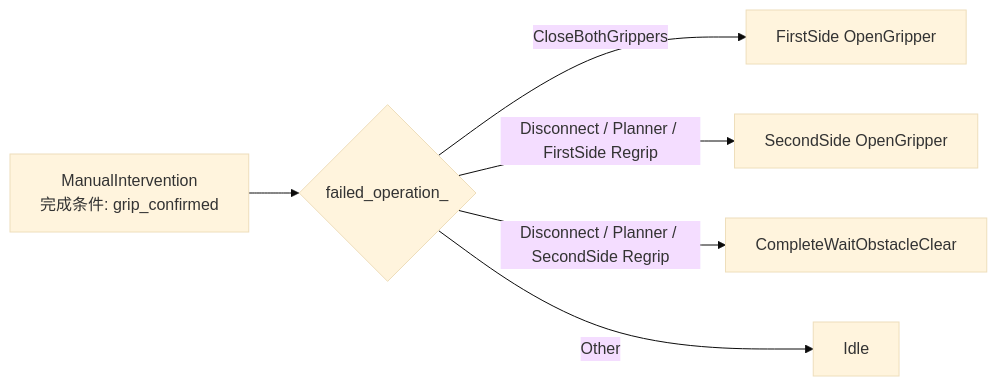
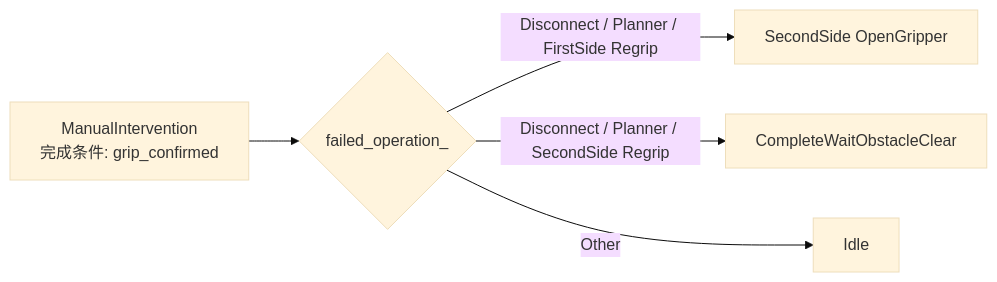
The eighth of 12 diagrams in b29_controllers/b29_smc_auto_controller/OBSTACLE_CROSSING_WORKFLOW.md (major173/b29_control), drawn with Mermaid (base theme) before and after one commit. The commit also changed other lines of this file and 52 other files, not shown here.

````diff
--- a/b29_controllers/b29_smc_auto_controller/OBSTACLE_CROSSING_WORKFLOW.md
+++ b/b29_controllers/b29_smc_auto_controller/OBSTACLE_CROSSING_WORKFLOW.md
@@ -193,8 +182,7 @@
 ```mermaid
 flowchart LR
   MI["ManualIntervention\n完成条件: grip_confirmed"] --> A{"failed_operation_"}
-  A -->|CloseBothGrippers| FO["FirstSide OpenGripper"]
   A -->|Disconnect / Planner / FirstSide Regrip| SO["SecondSide OpenGripper"]
   A -->|Disconnect / Planner / SecondSide Regrip| W["CompleteWaitObstacleClear"]
   A -->|Other| I["Idle"]
 ```
````
